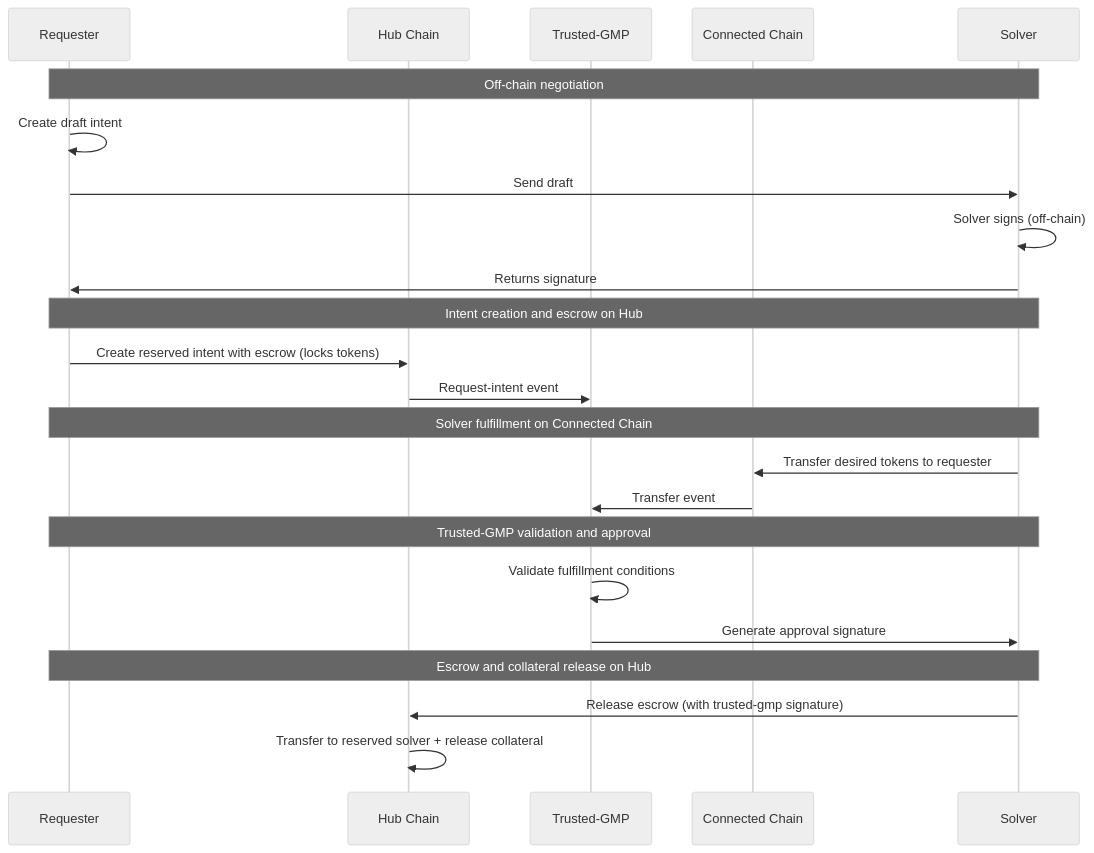
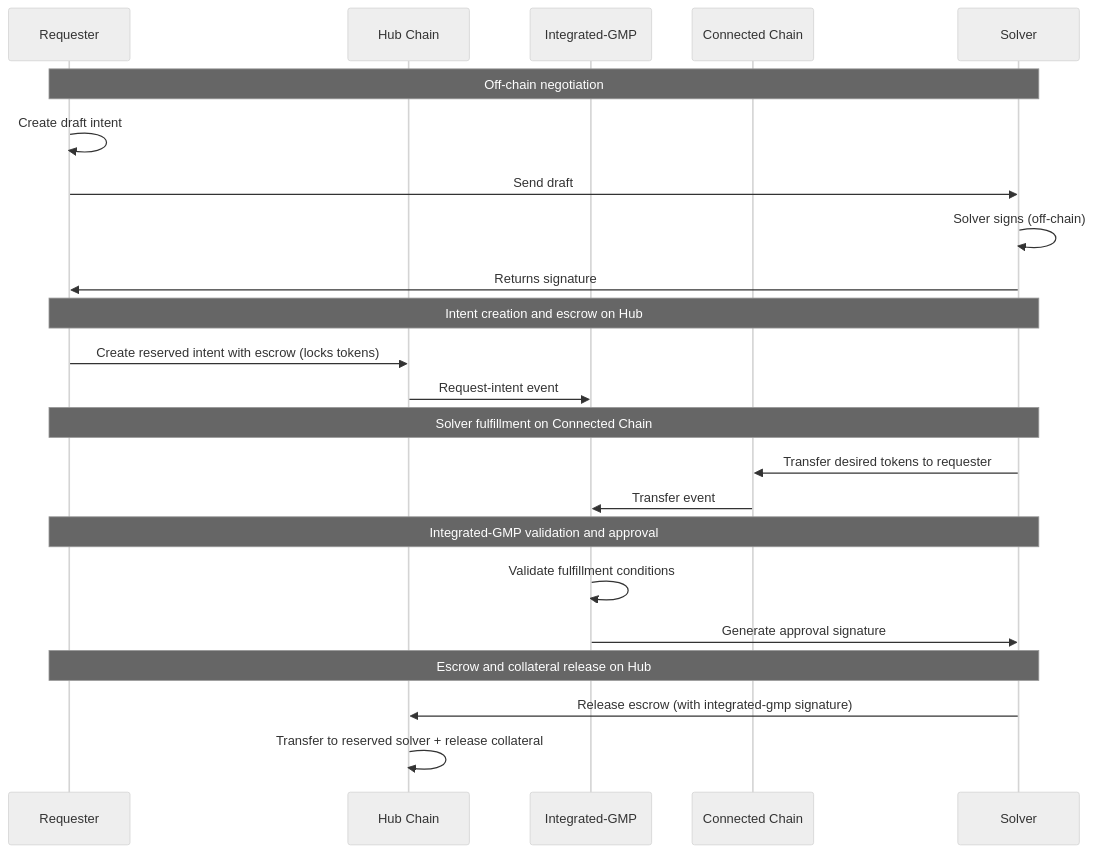
Before and after one commit to MoveIndustries/int3nts: the diagram in docs/architecture/conception/conception_outflow.md, drawn with Mermaid (neutral theme). The commit also changed other lines of this file and 242 other files, not shown here.

Commit message:
refact: rename native/trusted gmp to integrated

````diff
--- a/docs/architecture/conception/conception_outflow.md
+++ b/docs/architecture/conception/conception_outflow.md
@@ -15,30 +15,30 @@
 ```mermaid
 sequenceDiagram
     participant Requester
     participant Hub as Hub Chain
-    participant TrustedGMP as Trusted-GMP
+    participant TrustedGMP as Integrated-GMP
     participant Connected as Connected Chain
     participant Solver
 
     Note over Requester,Solver: Off-chain negotiation
     Requester->>Requester: Create draft intent
     Requester->>Solver: Send draft
     Solver->>Solver: Solver signs (off-chain)
     Solver->>Requester: Returns signature
 
     Note over Requester,Solver: Intent creation and escrow on Hub
     Requester->>Hub: Create reserved intent with escrow (locks tokens)
     Hub->>TrustedGMP: Request-intent event
 
     Note over Requester,Solver: Solver fulfillment on Connected Chain
     Solver->>Connected: Transfer desired tokens to requester
     Connected->>TrustedGMP: Transfer event
 
-    Note over Requester,Solver: Trusted-GMP validation and approval
+    Note over Requester,Solver: Integrated-GMP validation and approval
     TrustedGMP->>TrustedGMP: Validate fulfillment conditions
     TrustedGMP->>Solver: Generate approval signature
 
     Note over Requester,Solver: Escrow and collateral release on Hub
-    Solver->>Hub: Release escrow (with trusted-gmp signature)
+    Solver->>Hub: Release escrow (with integrated-gmp signature)
     Hub->>Hub: Transfer to reserved solver + release collateral
 ```
````
